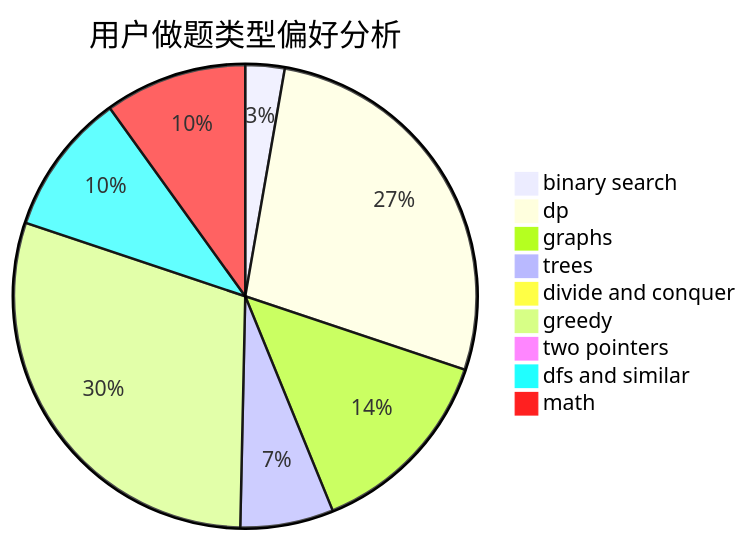
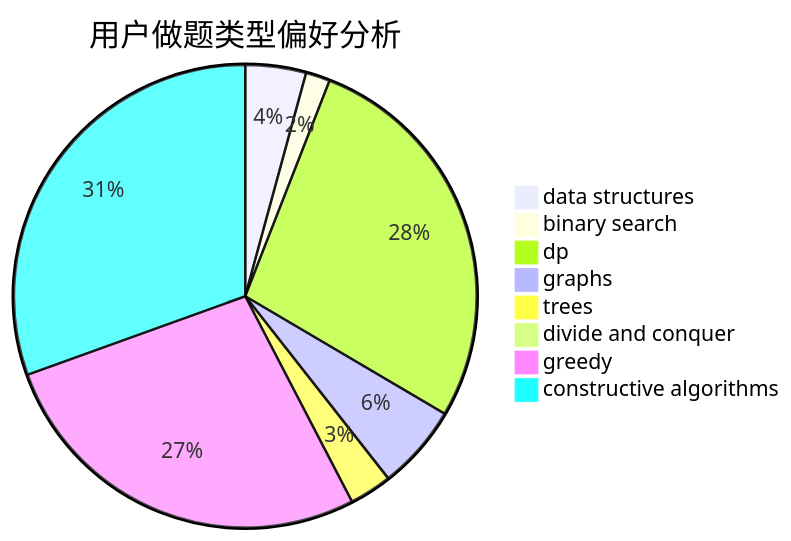
Before and after one commit to sherpahu/cfrs.github.io: the second of 3 diagrams in docs/user/u1456.md, drawn with Mermaid. The commit also changed other lines of this file and 2775 other files, not shown here.

````diff
--- a/docs/user/u1456.md
+++ b/docs/user/u1456.md
@@ -23,12 +23,11 @@
 ```mermaid
 pie title 用户做题类型偏好分析
-    "binary search" :  8
-    "dp" :  80
-    "graphs" :  40
-    "trees" :  19
+    "data structures" :  10
+    "binary search" :  4
+    "dp" :  65
+    "graphs" :  14
+    "trees" :  7
     "divide and conquer" :  0
-    "greedy" :  87
-    "two pointers" :  0
-    "dfs and similar" :  29
-    "math" :  29
+    "greedy" :  64
+    "constructive algorithms" :  72
 ```
````
